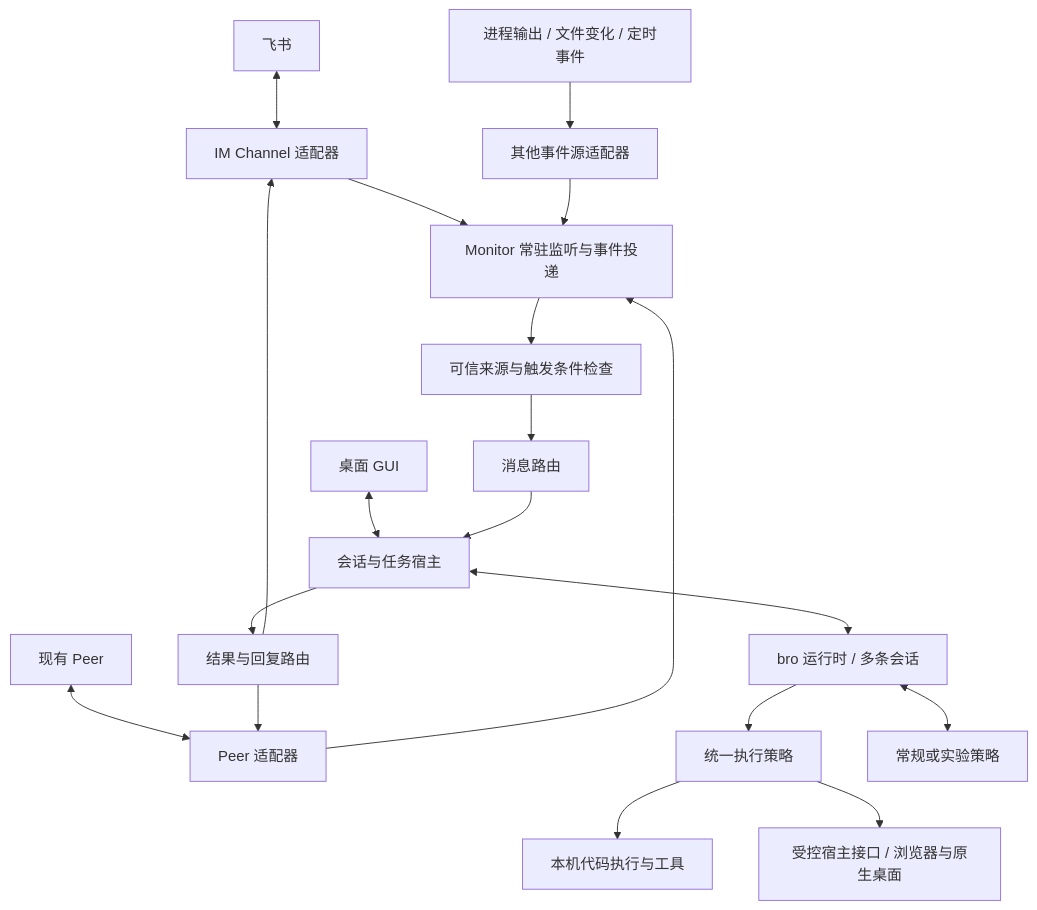
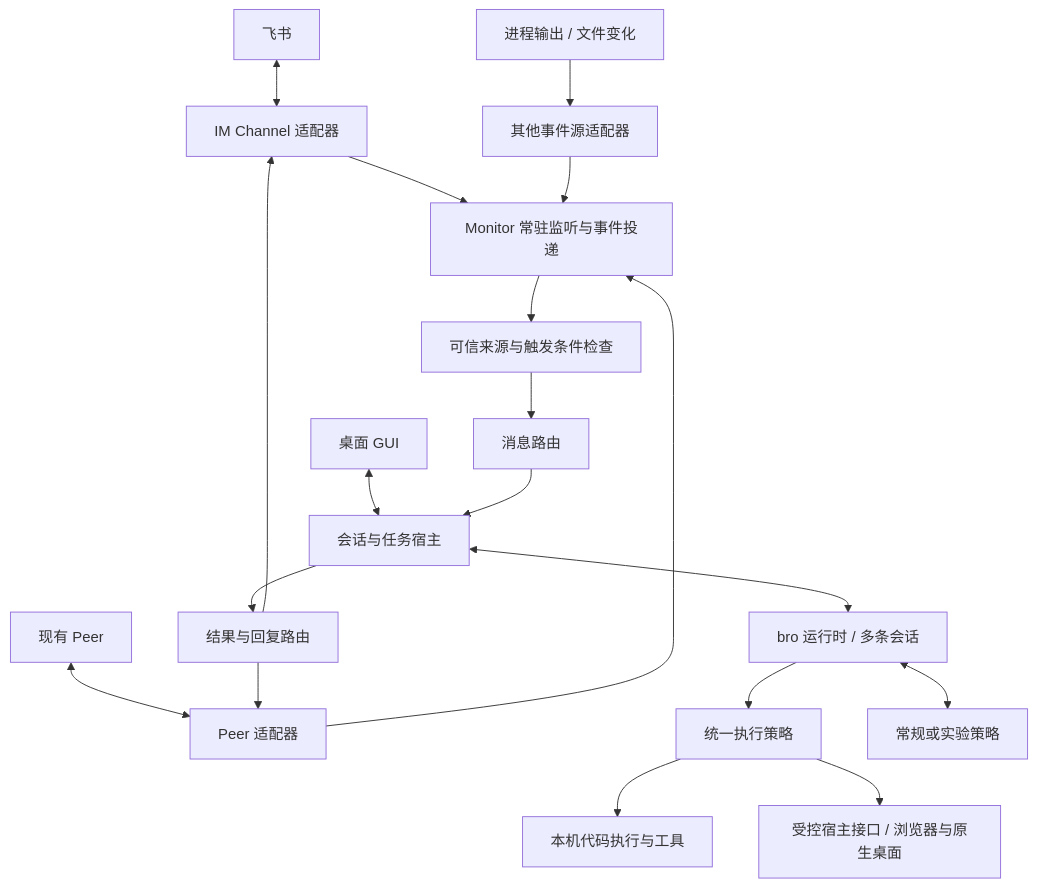
One commit to Donmagelas/Bro changed the diagram in docs/changes/agent-workbench/solution.md. Above: the diagram before and after it, drawn with Mermaid. The commit also changed other lines of this file and 1 other file, not shown here.

````diff
--- a/docs/changes/agent-workbench/solution.md
+++ b/docs/changes/agent-workbench/solution.md
@@ -216,21 +225,21 @@
 ```mermaid
 flowchart TD
     IM[飞书] <--> CH[IM Channel 适配器]
     PEER[现有 Peer] <--> PA[Peer 适配器]
-    SRC[进程输出 / 文件变化 / 定时事件] --> SA[其他事件源适配器]
+    SRC[进程输出 / 文件变化] --> SA[其他事件源适配器]
     CH --> MON[Monitor 常驻监听与事件投递]
     PA --> MON
     SA --> MON
     MON --> TRUST[可信来源与触发条件检查]
     TRUST --> ROUTE[消息路由]
     GUI[桌面 GUI] <--> HOST[会话与任务宿主]
     ROUTE --> HOST
     HOST <--> RUN[bro 运行时 / 多条会话]
     RUN --> EXEC[统一执行策略]
     EXEC --> CODE[本机代码执行与工具]
     EXEC --> DESKTOP[受控宿主接口 / 浏览器与原生桌面]
     RUN <--> EXP[常规或实验策略]
     HOST --> OUT[结果与回复路由]
     OUT --> CH
     OUT --> PA
 ```
````
